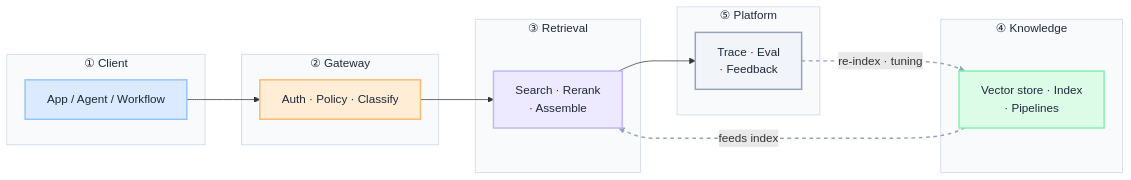
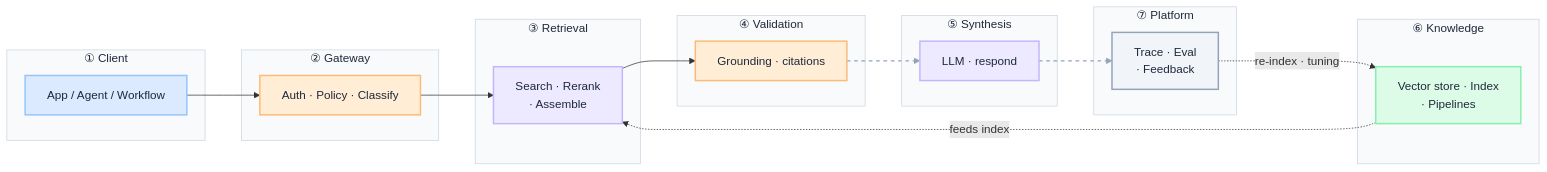
Before and after one commit to iamsharmajitender/gain: the second of 3 diagrams in docs/frameworks/gain-rag.mdx, drawn with Mermaid. The commit also changed other lines of this file and 4 other files, not shown here.

````diff
--- a/docs/frameworks/gain-rag.mdx
+++ b/docs/frameworks/gain-rag.mdx
@@ -144,46 +144,56 @@
 ```mermaid
 flowchart LR
     subgraph client["① Client"]
         CL["App / Agent / Workflow"]
     end
 
     subgraph gateway["② Gateway"]
         GW["Auth · Policy · Classify"]
     end
 
     subgraph retrieval["③ Retrieval"]
         RET["Search · Rerank<br/>· Assemble"]
     end
 
-    subgraph knowledge["④ Knowledge"]
+    subgraph validate["④ Validation"]
+        VAL["Grounding · citations"]
+    end
+
+    subgraph synthesize["⑤ Synthesis"]
+        SYN["LLM · respond"]
+    end
+
+    subgraph knowledge["⑥ Knowledge"]
         KN["Vector store · Index<br/>· Pipelines"]
     end
 
-    subgraph plat["⑤ Platform"]
+    subgraph plat["⑦ Platform"]
         PL["Trace · Eval<br/>· Feedback"]
     end
 
-    CL --> GW --> RET --> PL
+    CL --> GW --> RET --> VAL --> SYN --> PL
     KN -. "feeds index" .-> RET
     PL -. "re-index · tuning" .-> KN
 
     classDef product fill:#dbeafe,stroke:#93c5fd,color:#1e293b,stroke-width:2px
     classDef gate fill:#ffedd5,stroke:#fdba74,color:#1e293b,stroke-width:2px
     classDef process fill:#ede9fe,stroke:#c4b5fd,color:#1e293b,stroke-width:2px
     classDef data fill:#dcfce7,stroke:#86efac,color:#1e293b,stroke-width:2px
     classDef audit fill:#f1f5f9,stroke:#94a3b8,color:#1e293b,stroke-width:2px
 
     class CL product
-    class GW gate
-    class RET process
+    class GW,VAL gate
+    class RET,SYN process
     class KN data
     class PL audit
 
     style client fill:#f8fafc,stroke:#cbd5e1,color:#1e293b,stroke-width:1px
     style gateway fill:#f8fafc,stroke:#cbd5e1,color:#1e293b,stroke-width:1px
     style retrieval fill:#f8fafc,stroke:#cbd5e1,color:#1e293b,stroke-width:1px
+    style validate fill:#f8fafc,stroke:#cbd5e1,color:#1e293b,stroke-width:1px
+    style synthesize fill:#f8fafc,stroke:#cbd5e1,color:#1e293b,stroke-width:1px
     style knowledge fill:#f8fafc,stroke:#cbd5e1,color:#1e293b,stroke-width:1px
     style plat fill:#f8fafc,stroke:#cbd5e1,color:#1e293b,stroke-width:1px
 
     linkStyle 3,4 stroke:#94a3b8,stroke-width:2px,stroke-dasharray:5 5
 ```
````
